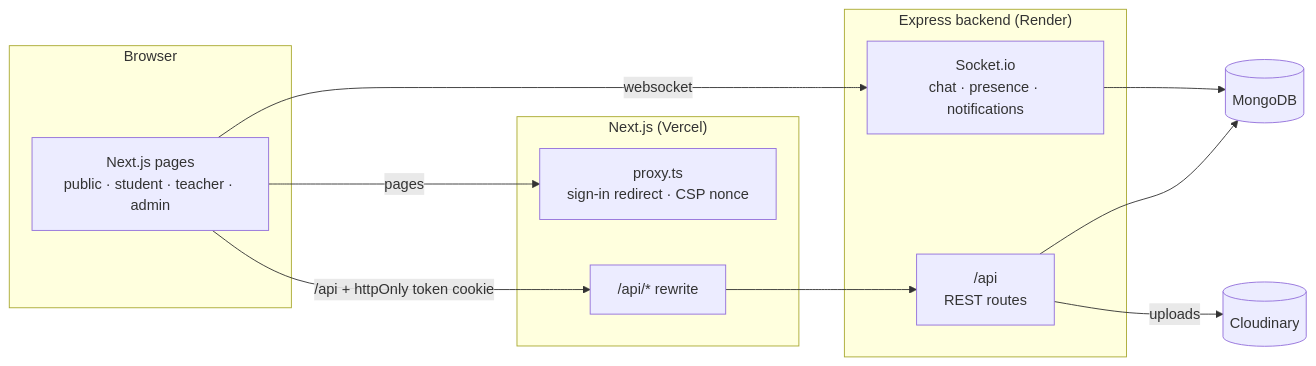
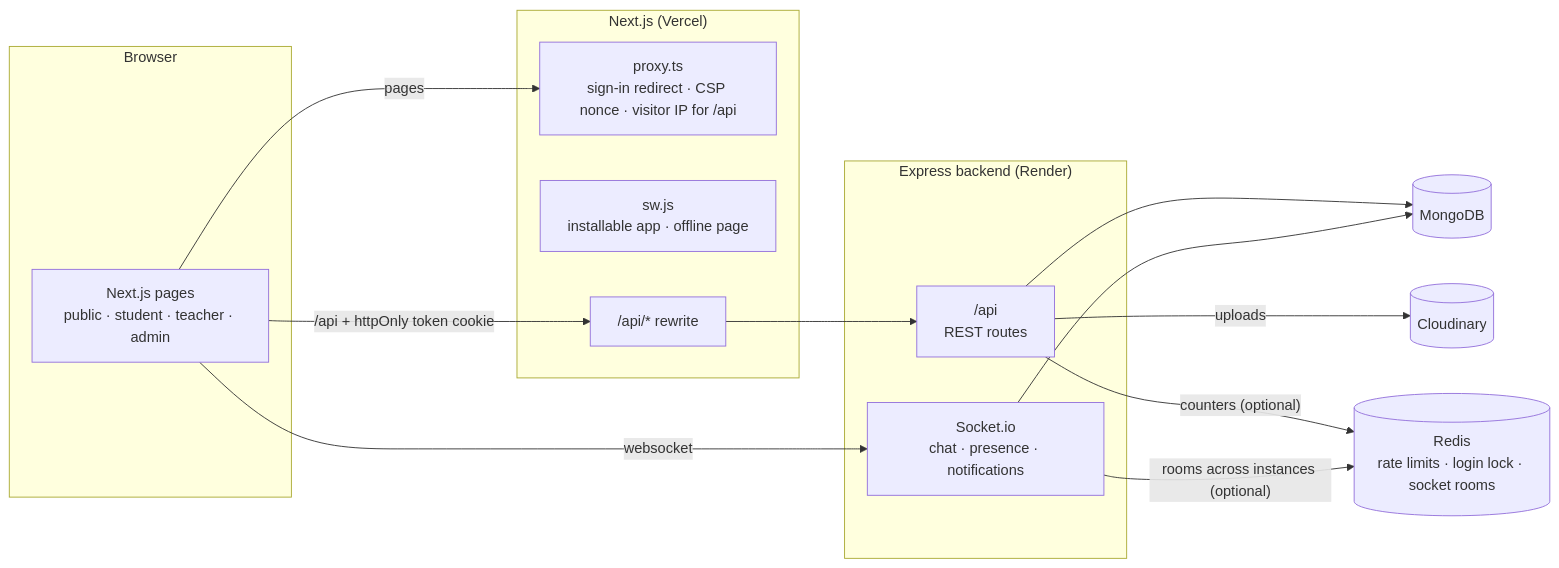
The first of 10 diagrams in docs/architecture.md (Yazdani1/Ed-Tech-Learning-Platforms), drawn with Mermaid before and after one commit. The commit also changed other lines of this file and 290 other files, not shown here.

````diff
--- a/docs/architecture.md
+++ b/docs/architecture.md
@@ -9,22 +9,26 @@
 ```mermaid
 flowchart LR
     subgraph Browser
         UI[Next.js pages<br/>public · student · teacher · admin]
     end
     subgraph Frontend["Next.js (Vercel)"]
-        P[proxy.ts<br/>sign-in redirect · CSP nonce]
+        P[proxy.ts<br/>sign-in redirect · CSP nonce · visitor IP for /api]
+        SW[sw.js<br/>installable app · offline page]
         R["/api/* rewrite"]
     end
     subgraph Backend["Express backend (Render)"]
         API["/api<br/>REST routes"]
         WS[Socket.io<br/>chat · presence · notifications]
     end
     DB[(MongoDB)]
     CLD[(Cloudinary)]
+    RDS[(Redis<br/>rate limits · login lock · socket rooms)]
     UI -- pages --> P
     UI -- "/api + httpOnly token cookie" --> R --> API
     UI -- "websocket" --> WS
     API --> DB
     WS --> DB
     API -- "uploads" --> CLD
+    API -- "counters (optional)" --> RDS
+    WS -- "rooms across instances (optional)" --> RDS
 ```
````
